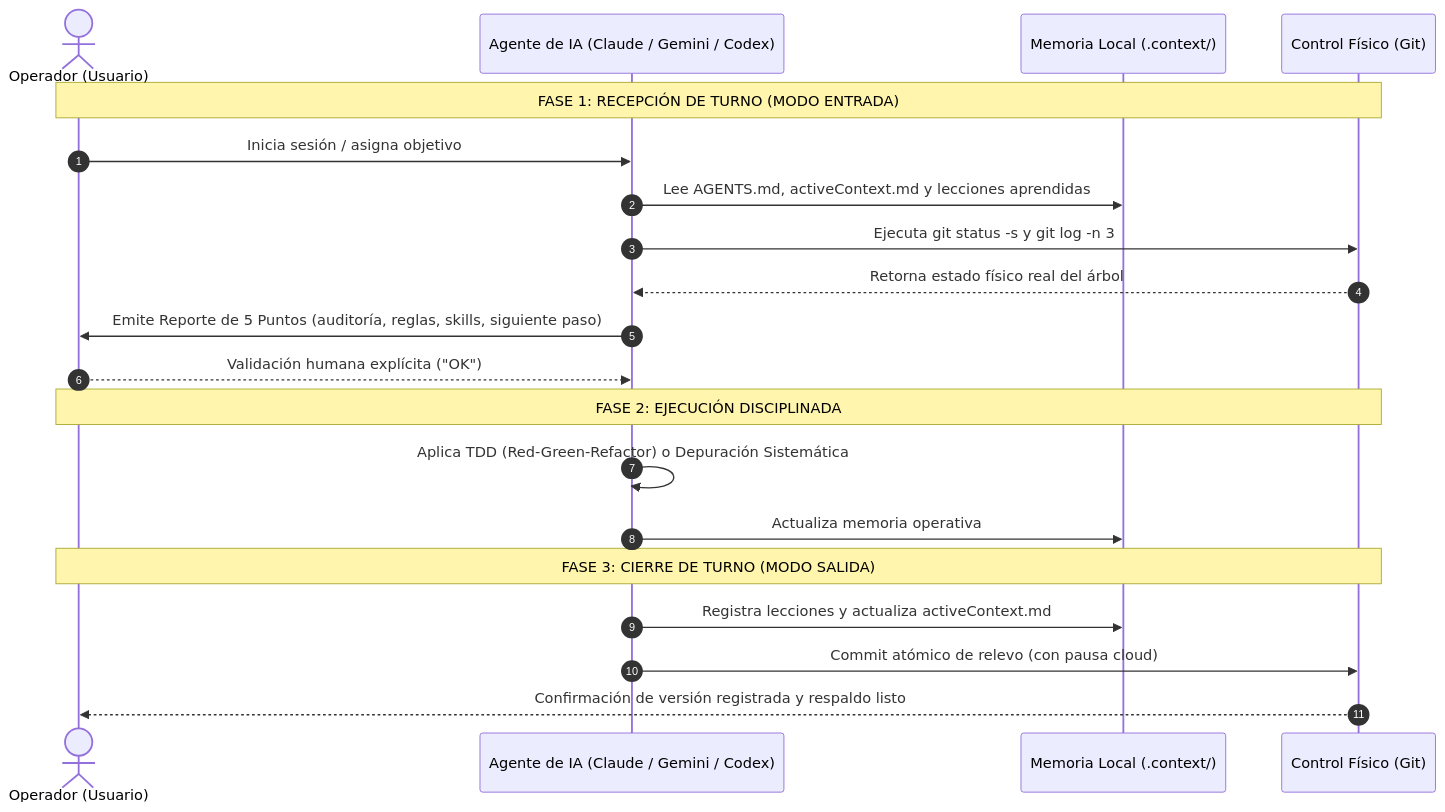
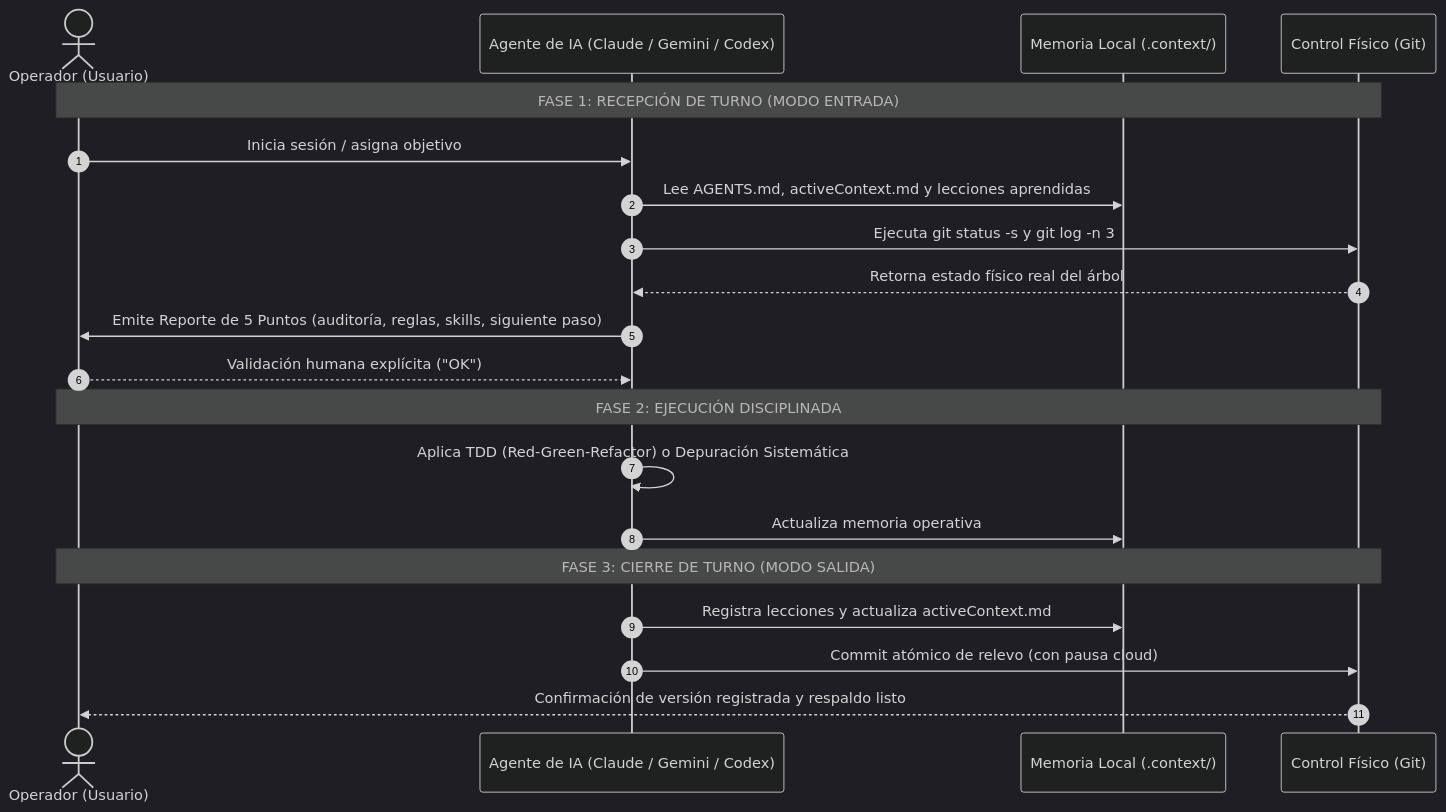
Before and after one commit to eddvasquez/agent-ops-core: the third of 3 diagrams in README.md, drawn with Mermaid. The commit also changed other lines of this file, not shown here.

Commit message:
docs(diagrams): optimizar aspect ratio, fontSize y wrapping para renderizado 1:1 en GitHub

````diff
--- a/README.md
+++ b/README.md
@@ -177,25 +179,26 @@
 ```mermaid
+%%{init: {'theme': 'dark', 'themeVariables': { 'fontSize': '14px' }, 'sequence': { 'actorFontSize': '14px', 'messageFontSize': '13px', 'noteFontSize': '12px', 'width': 170 }}}%%
 sequenceDiagram
     autonumber
     actor U as Operador (Usuario)
     participant IA as Agente de IA (Claude / Gemini / Codex)
     participant CTX as Memoria Local (.context/)
     participant GIT as Control Físico (Git)
 
     Note over U,GIT: FASE 1: RECEPCIÓN DE TURNO (MODO ENTRADA)
     U->>IA: Inicia sesión / asigna objetivo
     IA->>CTX: Lee AGENTS.md, activeContext.md y lecciones aprendidas
     IA->>GIT: Ejecuta git status -s y git log -n 3
     GIT-->>IA: Retorna estado físico real del árbol
     IA->>U: Emite Reporte de 5 Puntos (auditoría, reglas, skills, siguiente paso)
     U-->>IA: Validación humana explícita ("OK")
 
     Note over U,GIT: FASE 2: EJECUCIÓN DISCIPLINADA
     IA->>IA: Aplica TDD (Red-Green-Refactor) o Depuración Sistemática
     IA->>CTX: Actualiza memoria operativa
 
     Note over U,GIT: FASE 3: CIERRE DE TURNO (MODO SALIDA)
     IA->>CTX: Registra lecciones y actualiza activeContext.md
     IA->>GIT: Commit atómico de relevo (con pausa cloud)
     GIT-->>U: Confirmación de versión registrada y respaldo listo
 ```
````
